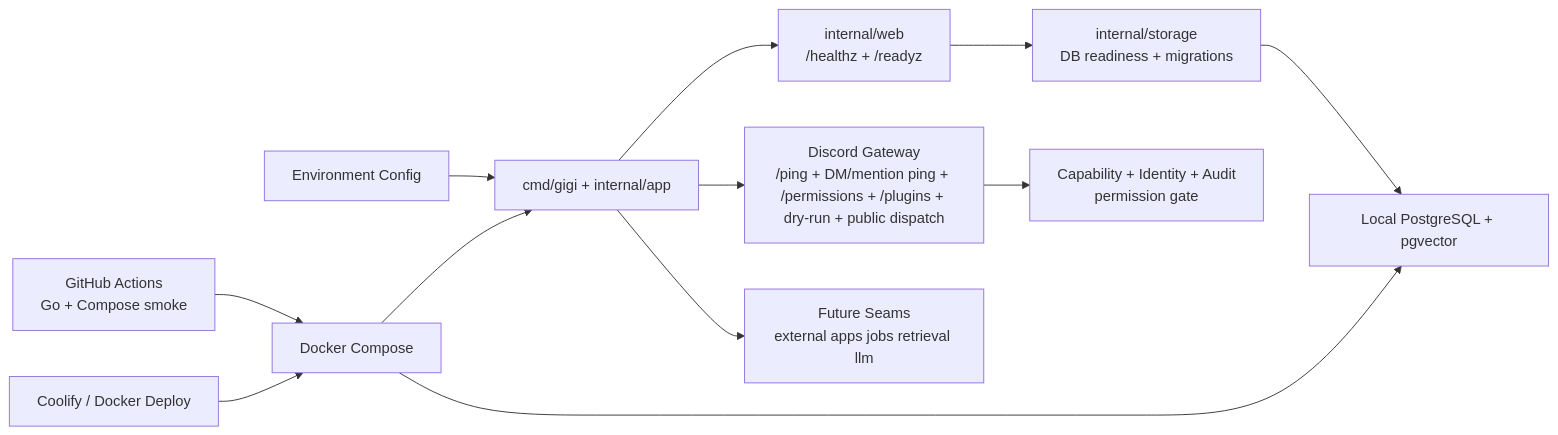
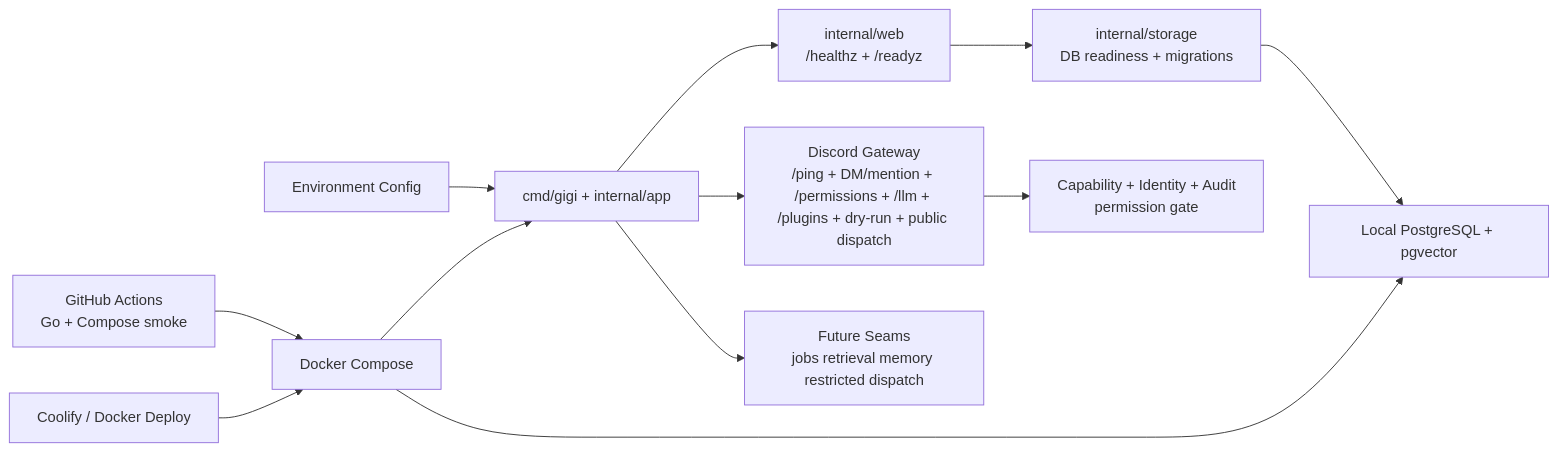
The diagram in docs/diagrams/system-overview.md (gOps132/GigiDC), drawn with Mermaid before and after one commit. The commit also changed other lines of this file and 20 other files, not shown here.

````diff
--- a/docs/diagrams/system-overview.md
+++ b/docs/diagrams/system-overview.md
@@ -10,26 +10,26 @@
 ```mermaid
 flowchart LR
   Env["Environment Config"]
   App["cmd/gigi + internal/app"]
   Web["internal/web<br/>/healthz + /readyz"]
   Ready["internal/storage<br/>DB readiness + migrations"]
   DB["Local PostgreSQL + pgvector"]
-  Discord["Discord Gateway<br/>/ping + DM/mention ping + /permissions + /plugins + dry-run + public dispatch"]
+  Discord["Discord Gateway<br/>/ping + DM/mention + /permissions + /llm + /plugins + dry-run + public dispatch"]
   Security["Capability + Identity + Audit<br/>permission gate"]
-  Seams["Future Seams<br/>external apps jobs retrieval llm"]
+  Seams["Future Seams<br/>jobs retrieval memory restricted dispatch"]
   Compose["Docker Compose"]
   CI["GitHub Actions<br/>Go + Compose smoke"]
   Deploy["Coolify / Docker Deploy"]
 
   Env --> App
   App --> Web
   App --> Discord
   Discord --> Security
   Web --> Ready
   Ready --> DB
   App --> Seams
   Compose --> App
   Compose --> DB
   CI --> Compose
   Deploy --> Compose
 ```
````
